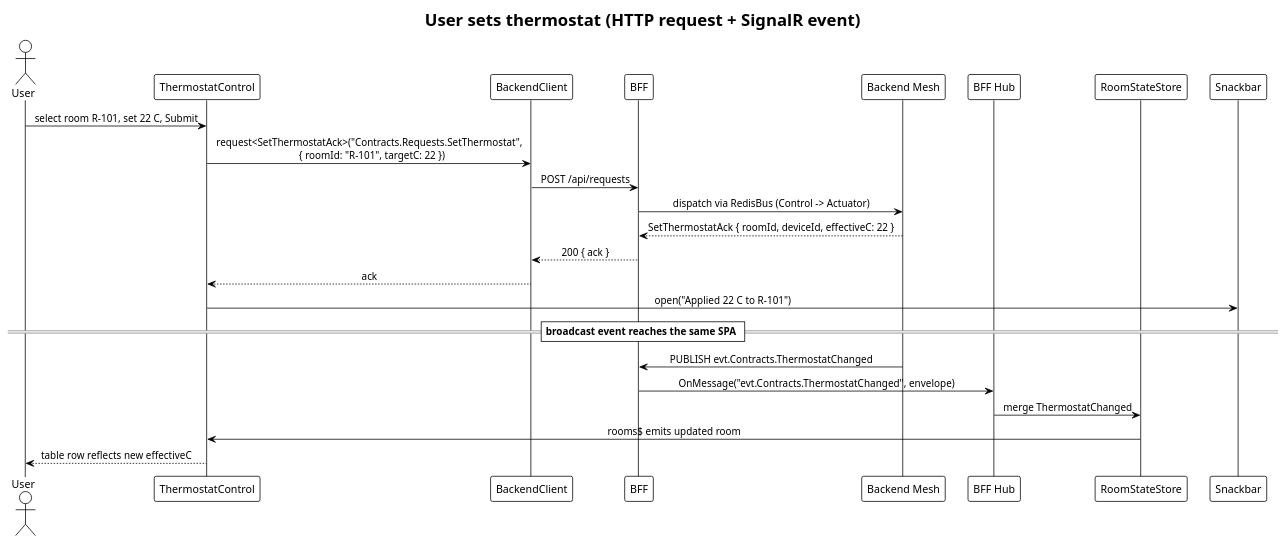
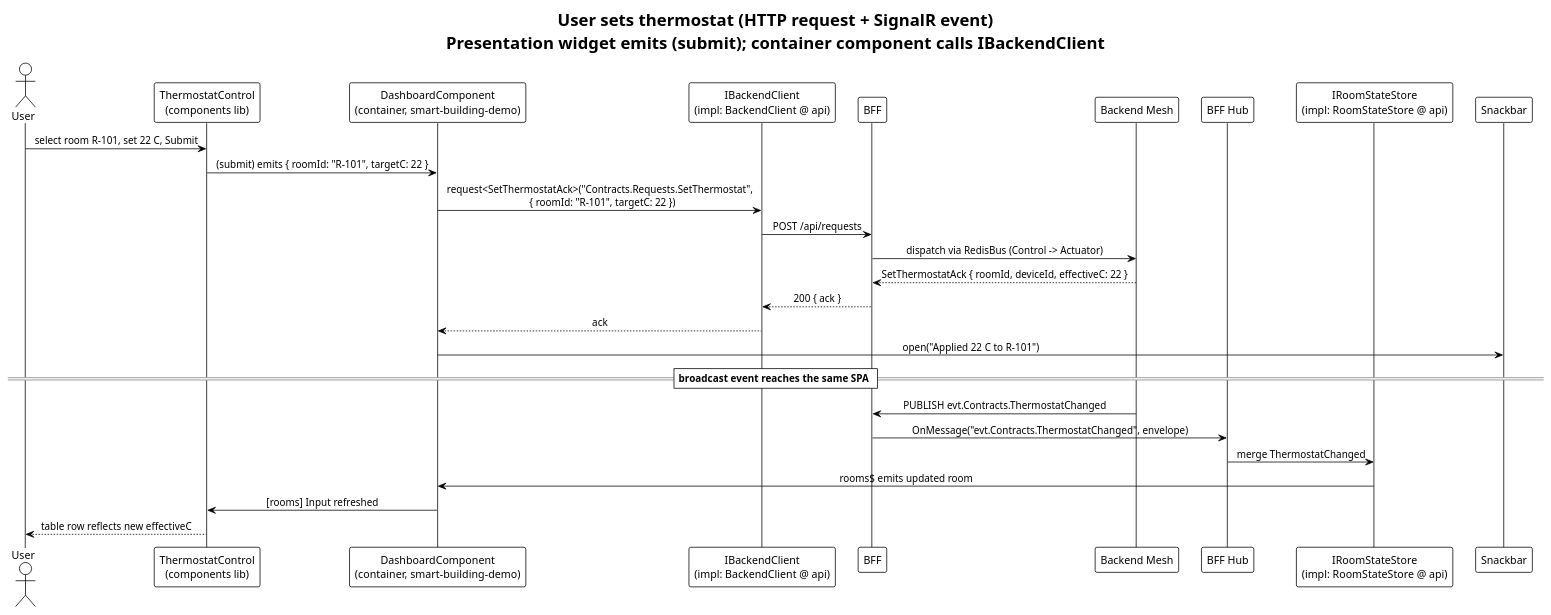
The diagram in docs/detailed-designs/05-frontend-dashboard/diagrams/sequence_set_thermostat.puml (QuinntyneBrown/redis-pubsub-dotnet-reference), drawn with PlantUML before and after one commit. The commit also changed 26 other files, not shown here.

```diff
--- a/docs/detailed-designs/05-frontend-dashboard/diagrams/sequence_set_thermostat.puml
+++ b/docs/detailed-designs/05-frontend-dashboard/diagrams/sequence_set_thermostat.puml
@@ -1,33 +1,36 @@
 @startuml sequence_set_thermostat
 !theme plain
 skinparam sequenceMessageAlign center
 
-title User sets thermostat (HTTP request + SignalR event)
+title User sets thermostat (HTTP request + SignalR event)\nPresentation widget emits (submit); container component calls IBackendClient
 
 actor User
-participant "ThermostatControl" as TC
-participant "BackendClient" as BC
+participant "ThermostatControl\n(components lib)" as TC
+participant "DashboardComponent\n(container, smart-building-demo)" as Dash
+participant "IBackendClient\n(impl: BackendClient @ api)" as BC
 participant "BFF" as BFF
 participant "Backend Mesh" as Mesh
 participant "BFF Hub" as Hub
-participant "RoomStateStore" as RS
+participant "IRoomStateStore\n(impl: RoomStateStore @ api)" as RS
 participant "Snackbar" as Snack
 
 User -> TC: select room R-101, set 22 C, Submit
-TC -> BC: request<SetThermostatAck>("Contracts.Requests.SetThermostat",\n  { roomId: "R-101", targetC: 22 })
+TC -> Dash: (submit) emits { roomId: "R-101", targetC: 22 }
+Dash -> BC: request<SetThermostatAck>("Contracts.Requests.SetThermostat",\n  { roomId: "R-101", targetC: 22 })
 BC -> BFF: POST /api/requests
 BFF -> Mesh: dispatch via RedisBus (Control -> Actuator)
 Mesh --> BFF: SetThermostatAck { roomId, deviceId, effectiveC: 22 }
 BFF --> BC: 200 { ack }
-BC --> TC: ack
-TC -> Snack: open("Applied 22 C to R-101")
+BC --> Dash: ack
+Dash -> Snack: open("Applied 22 C to R-101")
 
 == broadcast event reaches the same SPA ==
 
 Mesh -> BFF: PUBLISH evt.Contracts.ThermostatChanged
 BFF -> Hub: OnMessage("evt.Contracts.ThermostatChanged", envelope)
 Hub -> RS: merge ThermostatChanged
-RS -> TC: rooms$ emits updated room
+RS -> Dash: rooms$ emits updated room
+Dash -> TC: [rooms] Input refreshed
 TC --> User: table row reflects new effectiveC
 
 @enduml
```
